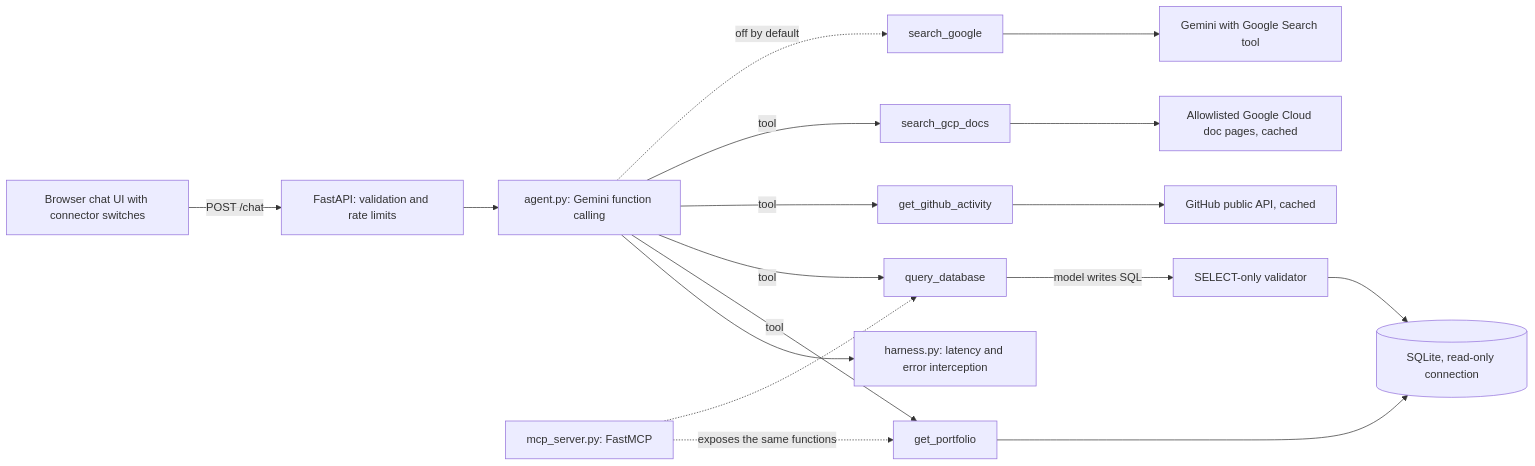
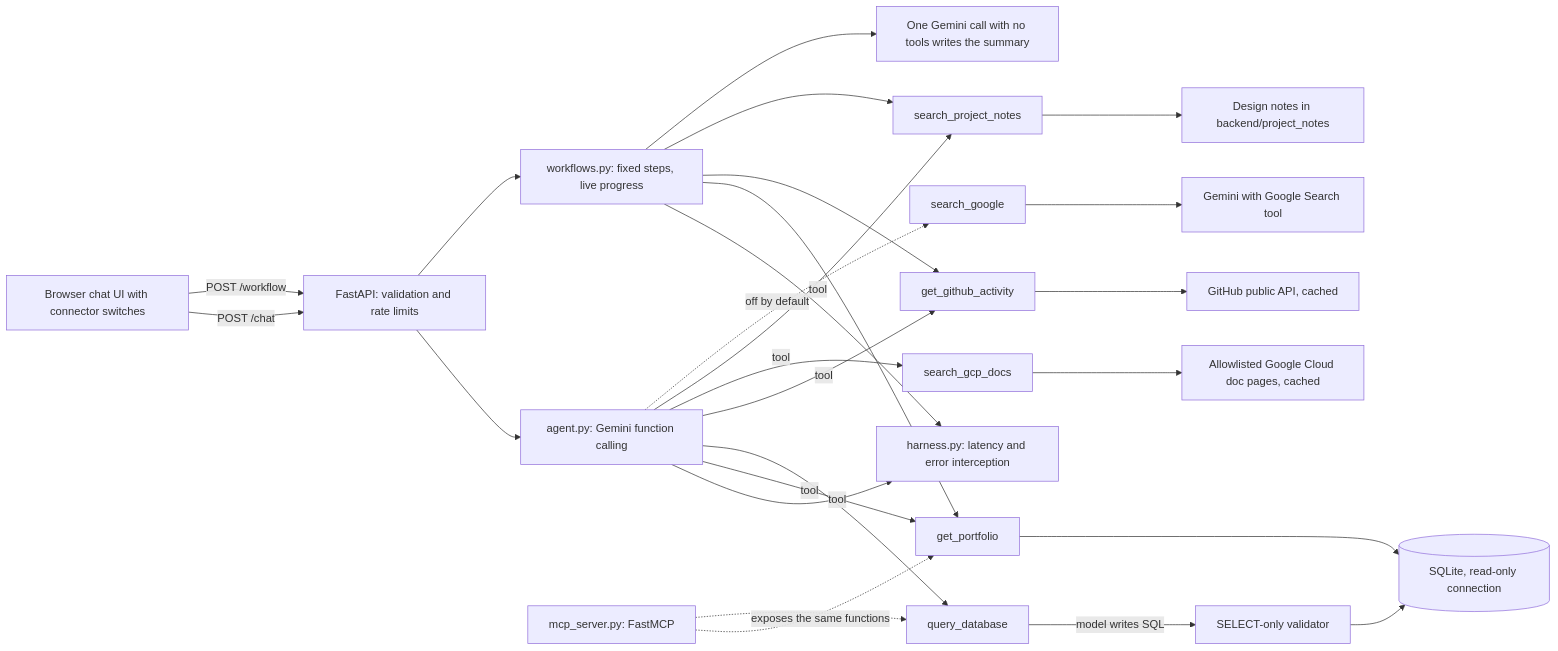
The diagram in README.md (bl986/lifeops-copilot), drawn with Mermaid before and after one commit. The commit also changed other lines of this file and 3 other files, not shown here.

Commit message:
Update README and notes for project connector and workflows

````diff
--- a/README.md
+++ b/README.md
@@ -29,19 +39,28 @@
 ```mermaid
 flowchart LR
     B[Browser chat UI with connector switches] -->|POST /chat| API[FastAPI: validation and rate limits]
+    B -->|POST /workflow| API
     API --> AG[agent.py: Gemini function calling]
+    API --> WF[workflows.py: fixed steps, live progress]
     AG --> H[harness.py: latency and error interception]
+    WF --> H
     AG -->|tool| P[get_portfolio]
     AG -->|tool| Q[query_database]
     AG -->|tool| G[get_github_activity]
     AG -->|tool| D[search_gcp_docs]
+    AG -->|tool| N[search_project_notes]
     AG -.->|off by default| S[search_google]
+    WF --> P
+    WF --> G
+    WF --> N
+    WF --> SUM[One Gemini call with no tools writes the summary]
     Q -->|model writes SQL| V[SELECT-only validator]
     V --> DB[(SQLite, read-only connection)]
     P --> DB
     G --> GH[GitHub public API, cached]
     D --> DOCS[Allowlisted Google Cloud doc pages, cached]
+    N --> NOTES[Design notes in backend/project_notes]
     S --> GS[Gemini with Google Search tool]
     MCP[mcp_server.py: FastMCP] -.exposes the same functions.-> P
     MCP -.-> Q
 ```
````
